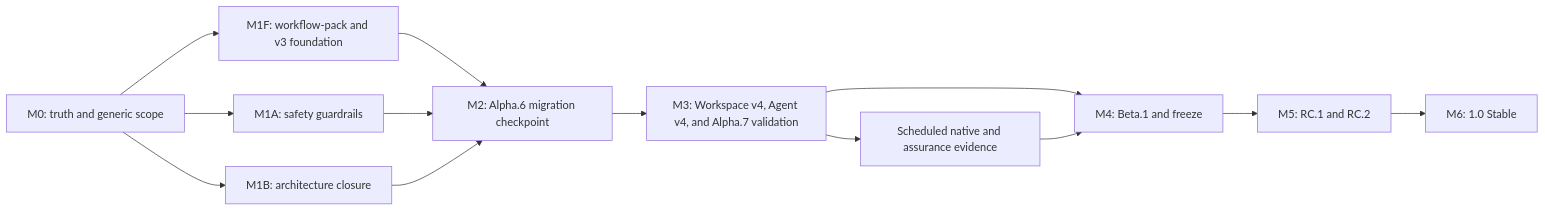
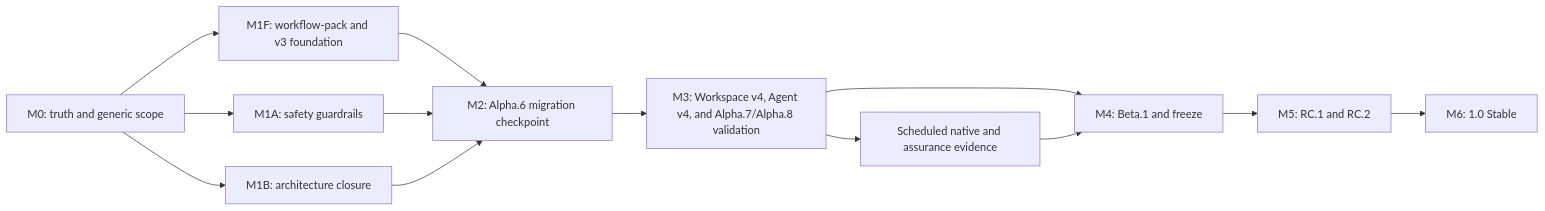
The diagram in docs/superpowers/plans/2026-07-25-1.0-release-roadmap.md (jxpeng98/CanISend), drawn with Mermaid before and after one commit. The commit also changed other lines of this file and 15 other files, not shown here.

````diff
--- a/docs/superpowers/plans/2026-07-25-1.0-release-roadmap.md
+++ b/docs/superpowers/plans/2026-07-25-1.0-release-roadmap.md
@@ -372,15 +377,15 @@
 ```mermaid
 flowchart LR
     M0["M0: truth and generic scope"] --> M1F["M1F: workflow-pack and v3 foundation"]
     M0 --> M1A["M1A: safety guardrails"]
     M0 --> M1B["M1B: architecture closure"]
     M1F --> M2["M2: Alpha.6 migration checkpoint"]
     M1A --> M2
     M1B --> M2
-    M2 --> M3["M3: Workspace v4, Agent v4, and Alpha.7 validation"]
+    M2 --> M3["M3: Workspace v4, Agent v4, and Alpha.7/Alpha.8 validation"]
     M3 --> M4["M4: Beta.1 and freeze"]
     M4 --> M5["M5: RC.1 and RC.2"]
     M5 --> M6["M6: 1.0 Stable"]
     M3 --> NATIVE["Scheduled native and assurance evidence"]
     NATIVE --> M4
 ```
````
